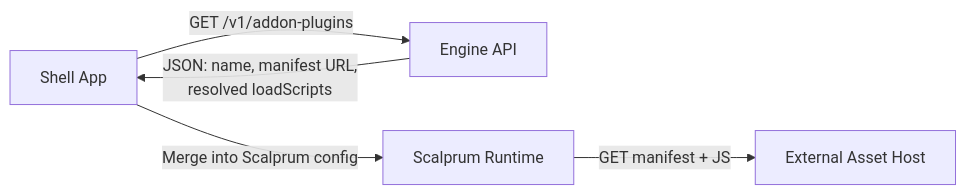
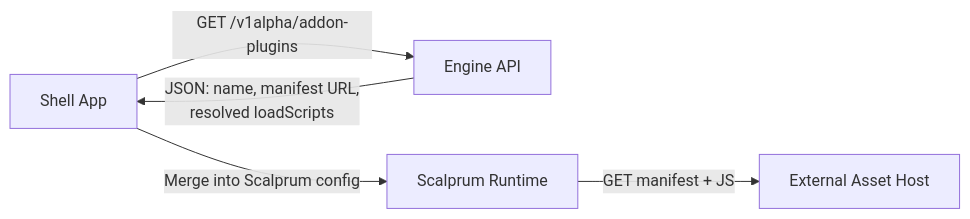
The fourth of 11 diagrams in docs/design/addon-ui-architecture.md (fleetshift/fleetshift-poc), drawn with Mermaid before and after one commit. The commit also changed other lines of this file and 1079 other files, not shown here.

````diff
--- a/docs/design/addon-ui-architecture.md
+++ b/docs/design/addon-ui-architecture.md
@@ -318,7 +318,7 @@
 ```mermaid
 graph LR
-    SHELL["Shell App"] -->|"GET /v1/addon-plugins"| ENGINE["Engine API"]
+    SHELL["Shell App"] -->|"GET /v1alpha/addon-plugins"| ENGINE["Engine API"]
     ENGINE -->|"JSON: name, manifest URL,<br/>resolved loadScripts"| SHELL
     SHELL -->|"Merge into Scalprum config"| SCALPRUM["Scalprum Runtime"]
     SCALPRUM -->|"GET manifest + JS"| CDN["External Asset Host"]
 ```
````
